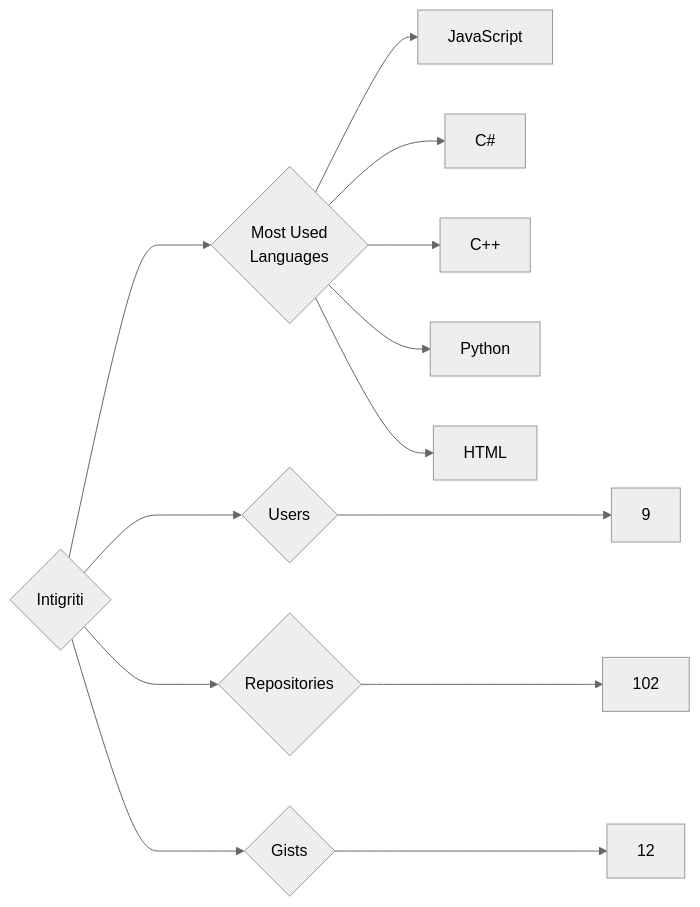
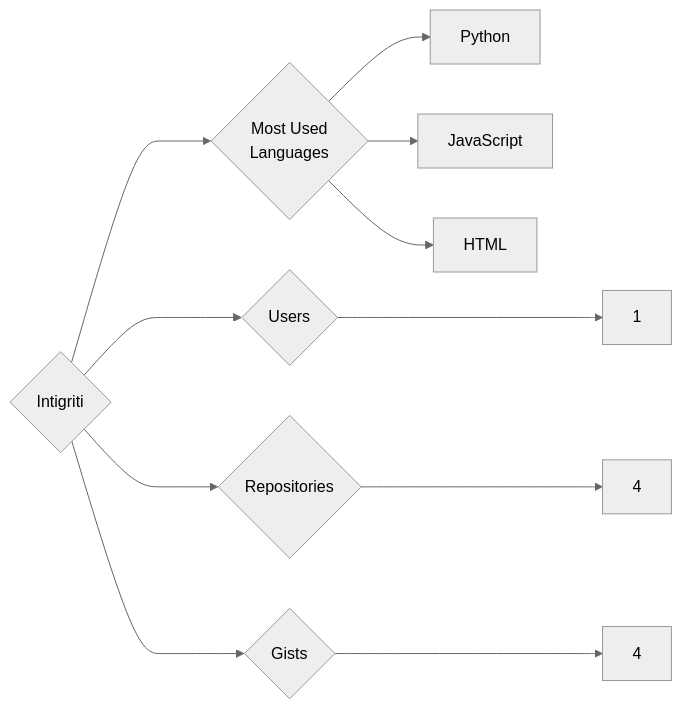
One commit to trickest/insiders changed the diagram in targets/Intigriti/README.md. Above: the diagram before and after it, drawn with Mermaid (neutral theme). The commit also changed 775 other files, not shown here.

````diff
--- a/targets/Intigriti/README.md
+++ b/targets/Intigriti/README.md
@@ -3,13 +3,11 @@
 ```mermaid
 graph LR
 COMPANY_NAME{Intigriti}
-COMPANY_NAME ---> U{Users} ---> UN[9]
-COMPANY_NAME ---> R{Repositories} ---> RN[102]
-COMPANY_NAME ---> G{Gists} ---> GN[12]
+COMPANY_NAME ---> U{Users} ---> UN[1]
+COMPANY_NAME ---> R{Repositories} ---> RN[4]
+COMPANY_NAME ---> G{Gists} ---> GN[4]
 COMPANY_NAME ---> ML{Most Used<br>Languages}
+ML --> Python[Python]
 ML --> JavaScript[JavaScript]
-ML --> C#[C#]
-ML --> C++[C++]
-ML --> Python[Python]
 ML --> HTML[HTML]
 ```
````
